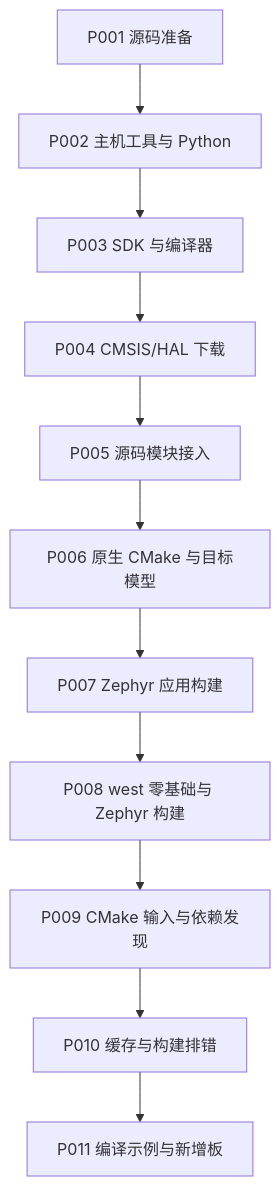
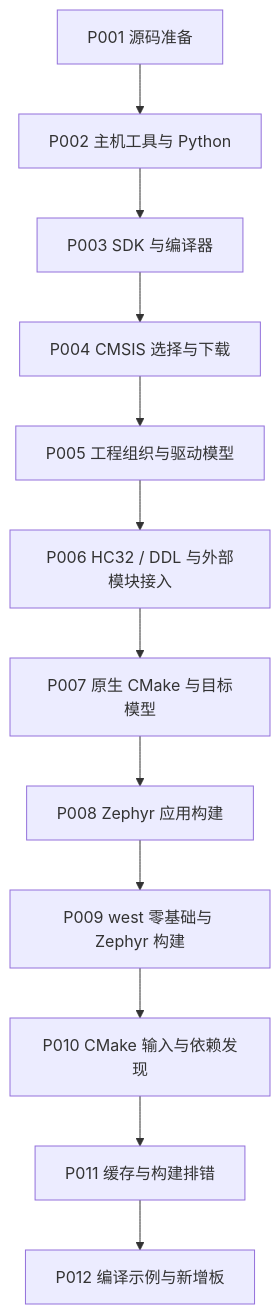
The diagram in learning/P01_zephyr_make_project/大纲.md (FormingSystem/zephyr_hc32f4a0), drawn with Mermaid before and after one commit. The commit also changed other lines of this file and 3154 other files, not shown here.

````diff
--- a/learning/P01_zephyr_make_project/大纲.md
+++ b/learning/P01_zephyr_make_project/大纲.md
@@ -15,13 +15,14 @@
 ```mermaid
 flowchart TD
     A["P001 源码准备"] --> B["P002 主机工具与 Python"]
     B --> C["P003 SDK 与编译器"]
-    C --> D["P004 CMSIS/HAL 下载"]
-    D --> E["P005 源码模块接入"]
-    E --> F["P006 原生 CMake 与目标模型"]
-    F --> G["P007 Zephyr 应用构建"]
-    G --> H["P008 west 零基础与 Zephyr 构建"]
-    H --> I["P009 CMake 输入与依赖发现"]
-    I --> J["P010 缓存与构建排错"]
-    J --> K["P011 编译示例与新增板"]
+    C --> D["P004 CMSIS 选择与下载"]
+    D --> E["P005 工程组织与驱动模型"]
+    E --> E6["P006 HC32 / DDL 与外部模块接入"]
+    E6 --> F["P007 原生 CMake 与目标模型"]
+    F --> G["P008 Zephyr 应用构建"]
+    G --> H["P009 west 零基础与 Zephyr 构建"]
+    H --> I["P010 CMake 输入与依赖发现"]
+    I --> J["P011 缓存与构建排错"]
+    J --> K["P012 编译示例与新增板"]
 ```
````
